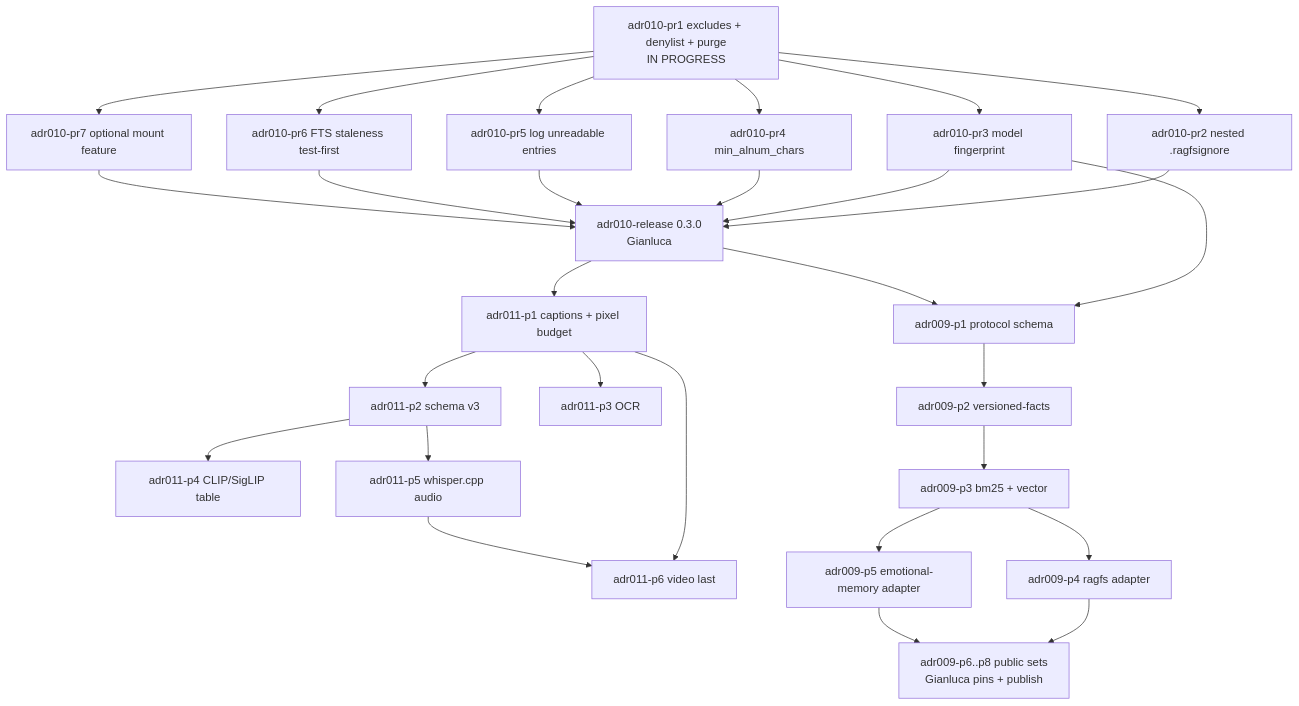
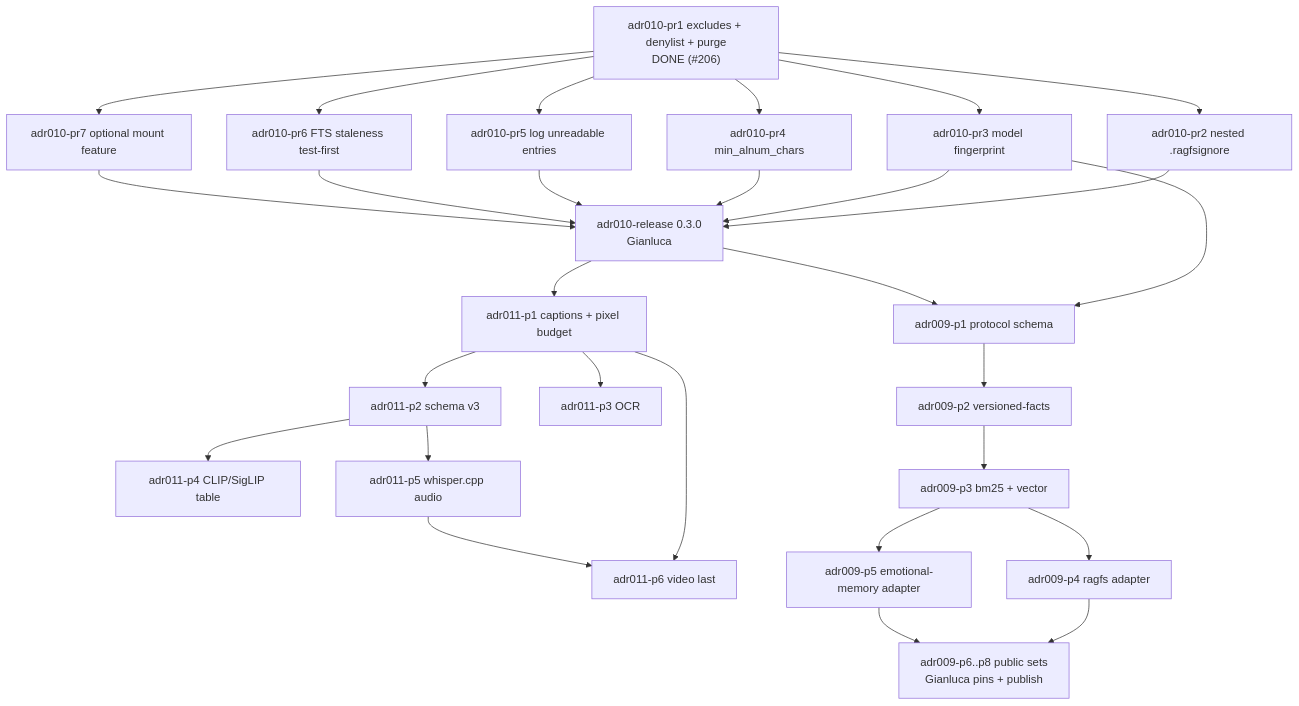
Before and after one commit to gianlucamazza/ragfs: the diagram in docs/ROADMAP.md, drawn with Mermaid. The commit also changed other lines of this file and 15 other files, not shown here.

````diff
--- a/docs/ROADMAP.md
+++ b/docs/ROADMAP.md
@@ -890,30 +890,30 @@
 ```mermaid
 flowchart TD
-  p1["adr010-pr1 excludes + denylist + purge<br/>IN PROGRESS"] --> p2["adr010-pr2 nested .ragfsignore"]
+  p1["adr010-pr1 excludes + denylist + purge<br/>DONE (#206)"] --> p2["adr010-pr2 nested .ragfsignore"]
   p1 --> p3["adr010-pr3 model fingerprint"]
   p1 --> p4["adr010-pr4 min_alnum_chars"]
   p1 --> p5["adr010-pr5 log unreadable entries"]
   p1 --> p6["adr010-pr6 FTS staleness test-first"]
   p1 --> p7["adr010-pr7 optional mount feature"]
   p2 --> rel["adr010-release 0.3.0<br/>Gianluca"]
   p3 --> rel
   p4 --> rel
   p5 --> rel
   p6 --> rel
   p7 --> rel
   rel --> m1["adr011-p1 captions + pixel budget"]
   m1 --> m2["adr011-p2 schema v3"]
   m1 --> m3["adr011-p3 OCR"]
   m2 --> m4["adr011-p4 CLIP/SigLIP table"]
   m2 --> m5["adr011-p5 whisper.cpp audio"]
   m1 --> m6["adr011-p6 video last"]
   m5 --> m6
   p3 --> b1["adr009-p1 protocol schema"]
   rel --> b1
   b1 --> b2["adr009-p2 versioned-facts"]
   b2 --> b3["adr009-p3 bm25 + vector"]
   b3 --> b4["adr009-p4 ragfs adapter"]
   b3 --> b5["adr009-p5 emotional-memory adapter"]
   b4 --> b6["adr009-p6..p8 public sets<br/>Gianluca pins + publish"]
   b5 --> b6
 ```
````
